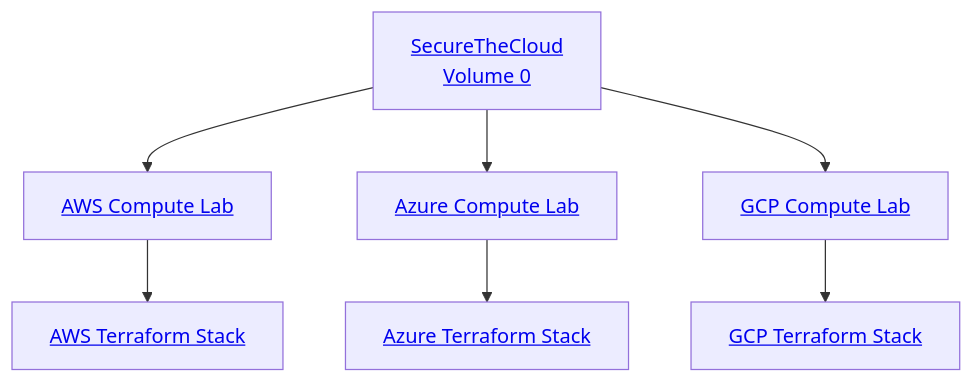
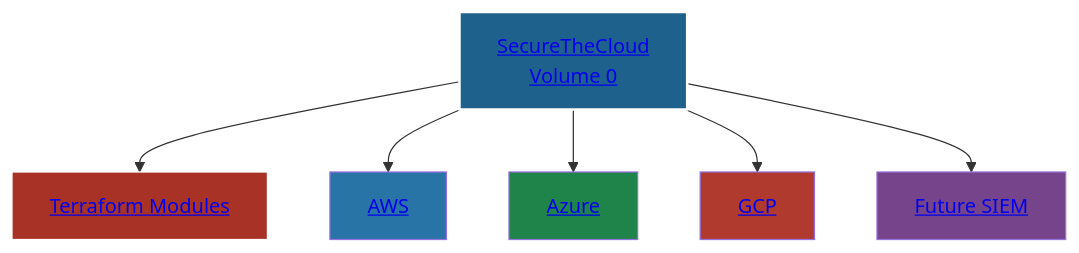
Before and after one commit to S3curethecloud/multi-cloud-compute-architecture: the diagram in README.md, drawn with Mermaid. The commit also changed other lines of this file, not shown here.

````diff
--- a/README.md
+++ b/README.md
@@ -203,11 +104,17 @@
 ```mermaid
 flowchart TD
 
-A["<a href='theory/01-introduction.md'>SecureTheCloud<br>Volume 0</a>"] --> B["<a href='labs/01-aws-lab.md'>AWS Compute Lab</a>"]
-A --> C["<a href='labs/02-azure-lab.md'>Azure Compute Lab</a>"]
-A --> D["<a href='labs/03-gcp-lab.md'>GCP Compute Lab</a>"]
+A["<a href='https://github.com/S3curethecloud/multi-cloud-compute-architecture'>SecureTheCloud<br/>Volume 0</a>"] --> B["<a href='terraform;'>Terraform Modules</a>"]
+A --> C["<a href='terraform/stacks/multi-cloud-aws/'>AWS</a>"]
+A --> D["<a href='terraform/stacks/multi-cloud-azure/'>Azure</a>"]
+A --> E["<a href='terraform/stacks/multi-cloud-gcp/'>GCP</a>"]
+A --> F["<a href='https://SecureTheCloud.dev'>Future SIEM</a>"]
 
-B --> B1["<a href='terraform/stacks/multi-cloud-aws/'>AWS Terraform Stack</a>"]
-C --> C1["<a href='terraform/stacks/multi-cloud-azure/'>Azure Terraform Stack</a>"]
-D --> D1["<a href='terraform/stacks/multi-cloud-gcp/'>GCP Terraform Stack</a>"]
+%% COLORS
+style A fill:#1F618D,stroke:#fff,stroke-width:2px,color:white
+style B fill:#A93226,stroke:#fff,color:white
+style C fill:#2874A6,color:white
+style D fill:#1E8449,color:white
+style E fill:#B03A2E,color:white
+style F fill:#76448A,color:white
 ```
````
